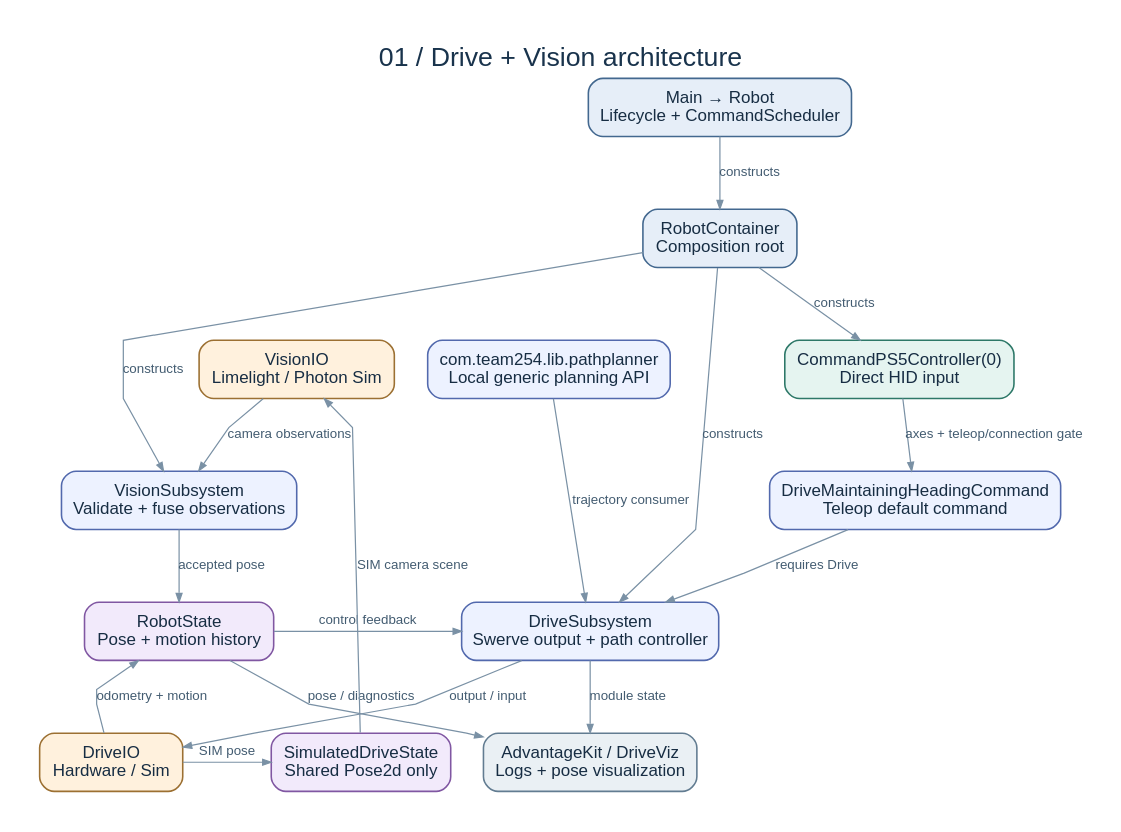
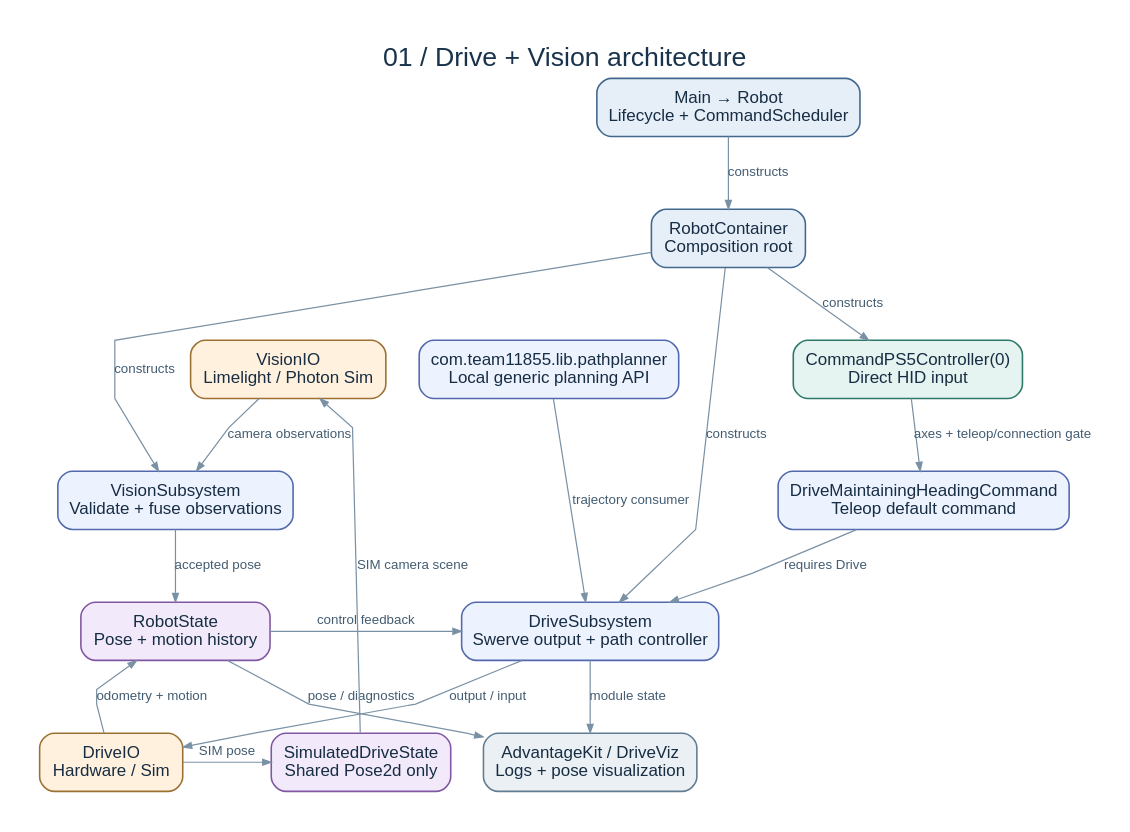
One commit to PepsiLee/FRC-2026-Systemcore-Public-main changed the diagram in docs/drive-vision/diagrams/01-architecture.dot. Above: the diagram before and after it, drawn with Graphviz. The commit also changed 191 other files, not shown here.

```diff
--- a/docs/drive-vision/diagrams/01-architecture.dot
+++ b/docs/drive-vision/diagrams/01-architecture.dot
@@ -1,37 +1,37 @@
 digraph G {
 graph [rankdir=TB, bgcolor="white", pad=0.35, nodesep=0.38, ranksep=0.65, splines=polyline, fontname="Arial", fontsize=22, fontcolor="#19334c", label="01 / Drive + Vision architecture", labelloc=t];
 node [shape=box, style="rounded,filled", fontname="Arial", fontsize=14, margin="0.16,0.12", penwidth=1.3, fontcolor="#172d43"];
 edge [fontname="Arial", fontsize=11, color="#7a91a5", fontcolor="#435c71", arrowsize=0.7];
 main [label="Main → Robot\nLifecycle + CommandScheduler", fillcolor="#e6eef8", color="#43688f"];
 container [label="RobotContainer\nComposition root", fillcolor="#e6eef8", color="#43688f"];
 ps5 [label="CommandPS5Controller(0)\nDirect HID input", fillcolor="#e5f4f0", color="#2d7868"];
 heading [label="DriveMaintainingHeadingCommand\nTeleop default command", fillcolor="#edf2ff", color="#5269ad"];
 drive [label="DriveSubsystem\nSwerve output + path controller", fillcolor="#edf2ff", color="#5269ad"];
 vision [label="VisionSubsystem\nValidate + fuse observations", fillcolor="#edf2ff", color="#5269ad"];
 state [label="RobotState\nPose + motion history", fillcolor="#f2eafb", color="#8057a2"];
 driveio [label="DriveIO\nHardware / Sim", fillcolor="#fff1dd", color="#9c7032"];
 visionio [label="VisionIO\nLimelight / Photon Sim", fillcolor="#fff1dd", color="#9c7032"];
 simstate [label="SimulatedDriveState\nShared Pose2d only", fillcolor="#f2eafb", color="#8057a2"];
-paths [label="com.team254.lib.pathplanner\nLocal generic planning API", fillcolor="#edf2ff", color="#5269ad"];
+paths [label="com.team11855.lib.pathplanner\nLocal generic planning API", fillcolor="#edf2ff", color="#5269ad"];
 logs [label="AdvantageKit / DriveViz\nLogs + pose visualization", fillcolor="#eaf0f4", color="#627c91"];
 main -> container [label="constructs"];
 container -> ps5 [label="constructs"];
 container -> drive [label="constructs"];
 container -> vision [label="constructs"];
 ps5 -> heading [label="axes + teleop/connection gate"];
 heading -> drive [label="requires Drive"];
 paths -> drive [label="trajectory consumer"];
 drive -> driveio [label="output / input"];
 visionio -> vision [label="camera observations"];
 vision -> state [label="accepted pose"];
 driveio -> state [label="odometry + motion"];
 state -> drive [label="control feedback"];
 driveio -> simstate [label="SIM pose"];
 simstate -> visionio [label="SIM camera scene"];
 state -> logs [label="pose / diagnostics"];
 drive -> logs [label="module state"];
 { rank=same; ps5; paths; visionio; }
 { rank=same; heading; vision; }
 { rank=same; drive; state; }
 { rank=same; driveio; simstate; logs; }
 }
```
